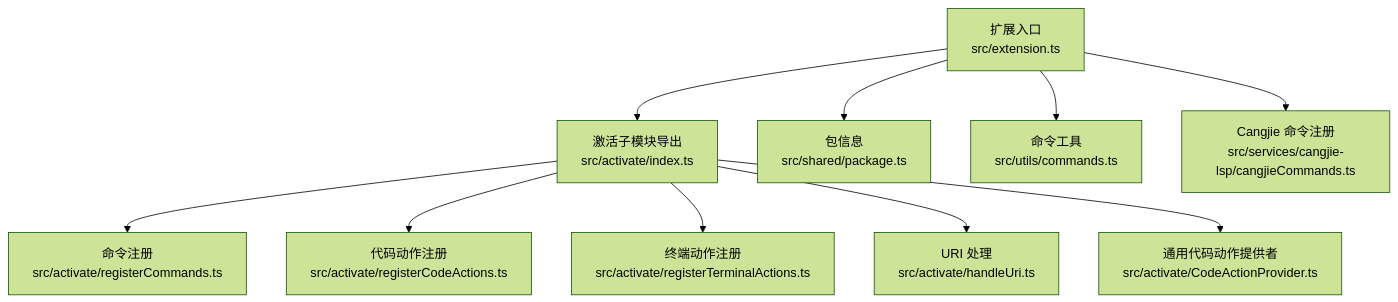
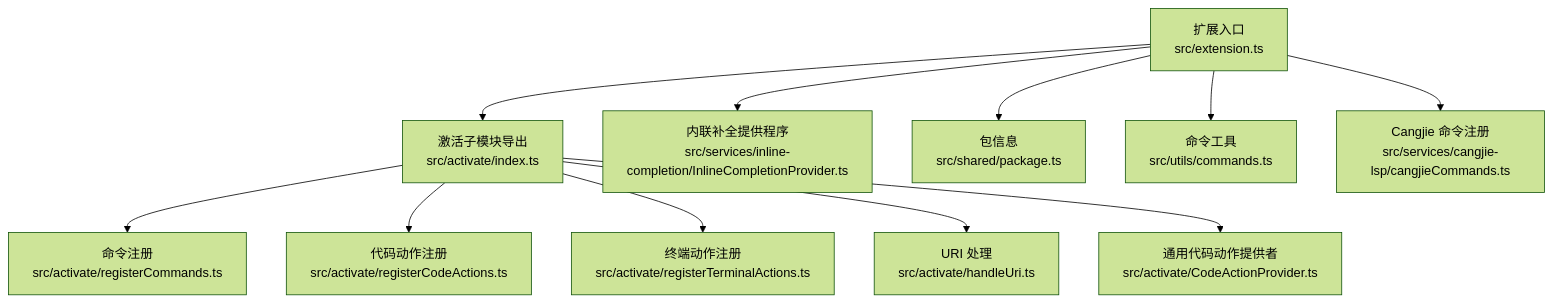
The first of 6 diagrams in .qoder/repowiki/zh/content/核心功能/扩展激活机制.md (JunjieChen0/NJUST), drawn with Mermaid (forest theme) before and after one commit. The commit also changed other lines of this file and 402 other files, not shown here.

````diff
--- a/.qoder/repowiki/zh/content/核心功能/扩展激活机制.md
+++ b/.qoder/repowiki/zh/content/核心功能/扩展激活机制.md
@@ -43,12 +53,13 @@
 ```mermaid
 graph TB
 A["扩展入口<br/>src/extension.ts"] --> B["激活子模块导出<br/>src/activate/index.ts"]
 B --> C["命令注册<br/>src/activate/registerCommands.ts"]
 B --> D["代码动作注册<br/>src/activate/registerCodeActions.ts"]
 B --> E["终端动作注册<br/>src/activate/registerTerminalActions.ts"]
 B --> F["URI 处理<br/>src/activate/handleUri.ts"]
 B --> G["通用代码动作提供者<br/>src/activate/CodeActionProvider.ts"]
-A --> H["包信息<br/>src/shared/package.ts"]
-A --> I["命令工具<br/>src/utils/commands.ts"]
-A --> J["Cangjie 命令注册<br/>src/services/cangjie-lsp/cangjieCommands.ts"]
+A --> H["内联补全提供程序<br/>src/services/inline-completion/InlineCompletionProvider.ts"]
+A --> I["包信息<br/>src/shared/package.ts"]
+A --> J["命令工具<br/>src/utils/commands.ts"]
+A --> K["Cangjie 命令注册<br/>src/services/cangjie-lsp/cangjieCommands.ts"]
 ```
````
